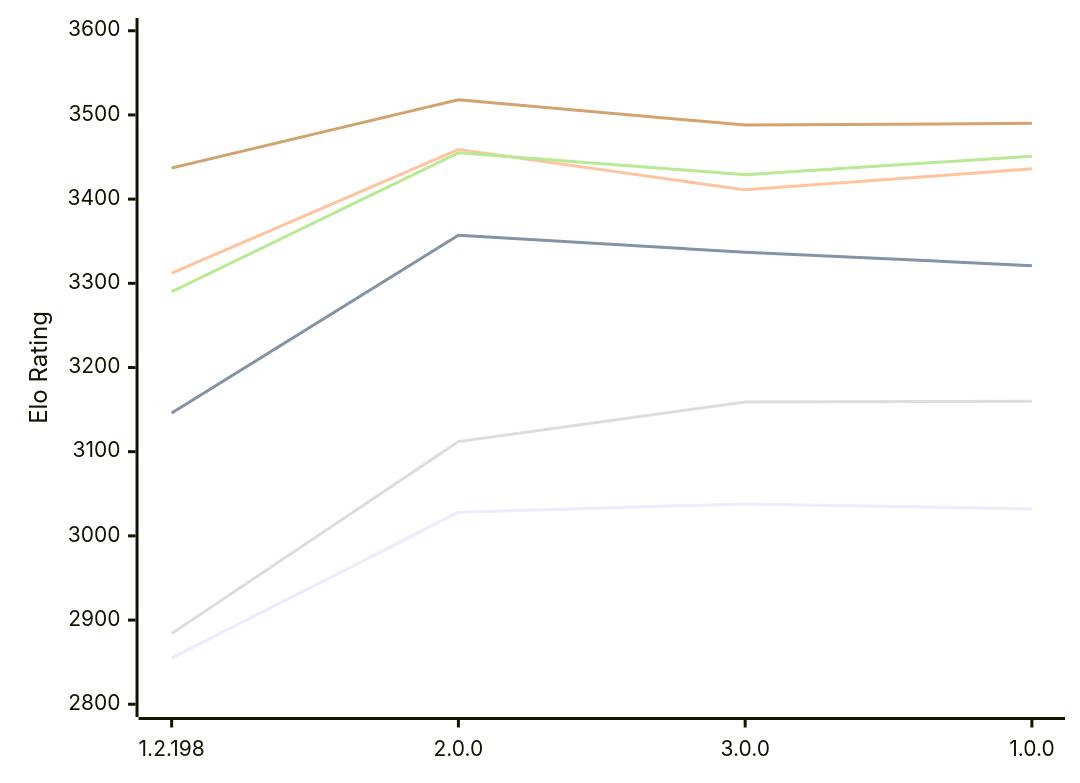
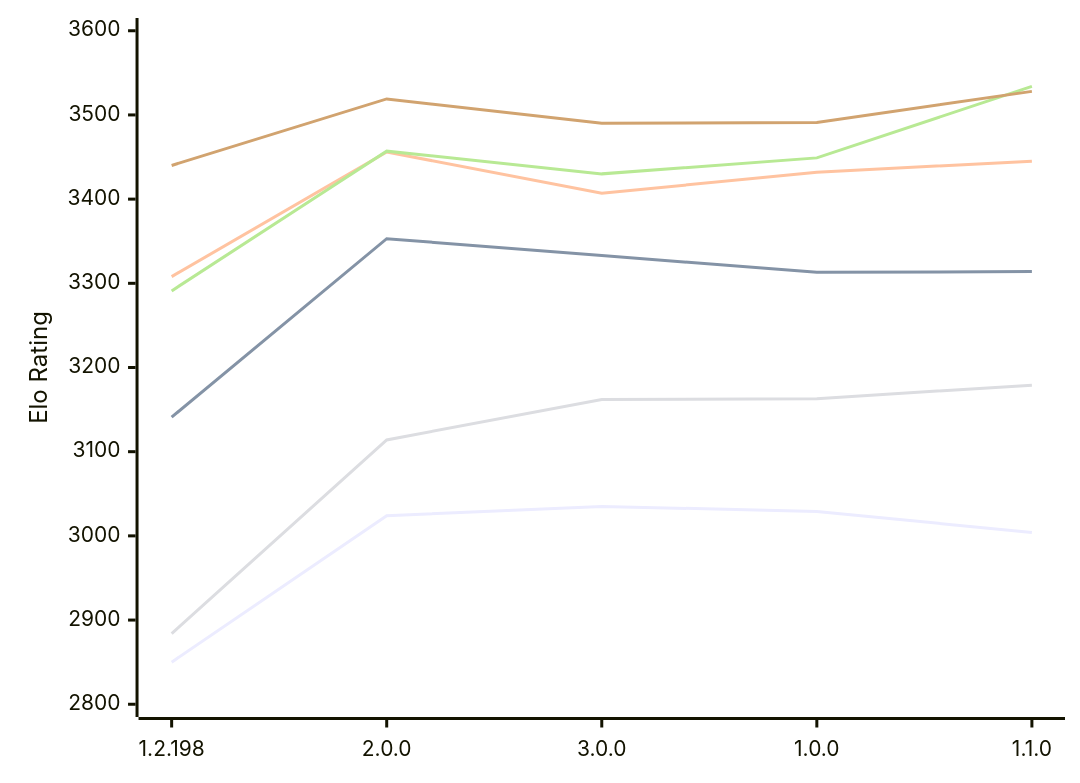
Before and after one commit to computer-chess-index/cci: the diagram in engines/Trebuchet.md, drawn with Mermaid. The commit also changed other lines of this file, not shown here.

Commit message:
Update CCI Ratings (ELO VLTC) - 2026-11-09

````diff
--- a/engines/Trebuchet.md
+++ b/engines/Trebuchet.md
@@ -53,12 +55,12 @@
 ```mermaid
 %%{init: {"theme":"base","themeVariables":{"seriesColors:['#a3a3a3','#222221','#faa371']}}}%%
 xychart-beta
-  x-axis ["1.2.198", "2.0.0", "3.0.0", "1.0.0"]
+  x-axis ["1.2.198", "2.0.0", "3.0.0", "1.0.0", "1.1.0"]
   y-axis "Elo Rating" 2800 --> 3600
-  line "E1: STC (8.0+0.08s)" [2855, 3028, 3038, 3032]
-  line "E1: LTC (60.0+0.60s)" [3146, 3357, 3337, 3321]
-  line "E1: VLTC (2m24s+1.12s)" [3312, 3459, 3411, 3436]
-  line "P1: STC (8.0+0.08s)" [2884, 3112, 3159, 3160]
-  line "P1: LTC (60.0+0.60s)" [3290, 3455, 3429, 3451]
-  line "P1: VLTC (2m24s+1.12s)" [3437, 3518, 3488, 3490]
+  line "E1: STC (8.0+0.08s)" [2850, 3024, 3035, 3029, 3004]
+  line "E1: LTC (60.0+0.60s)" [3141, 3353, 3333, 3313, 3314]
+  line "E1: VLTC (2m24s+1.12s)" [3308, 3456, 3407, 3432, 3445]
+  line "P1: STC (8.0+0.08s)" [2884, 3114, 3162, 3163, 3179]
+  line "P1: LTC (60.0+0.60s)" [3291, 3457, 3430, 3449, 3534]
+  line "P1: VLTC (2m24s+1.12s)" [3440, 3519, 3490, 3491, 3528]
 ```
````
